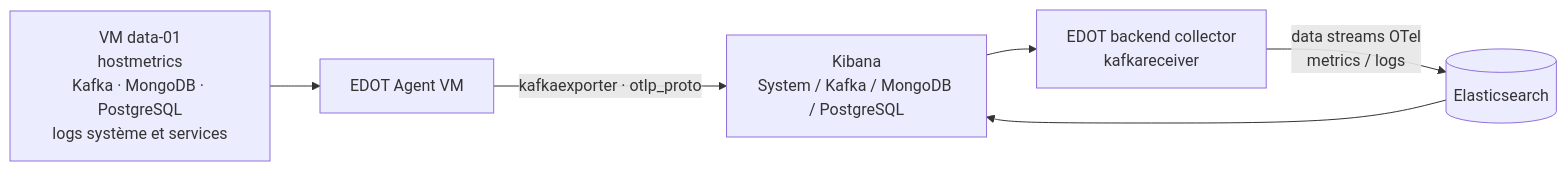
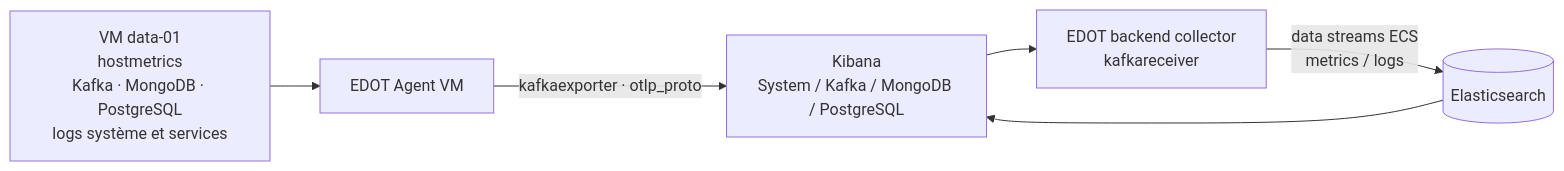
One commit to elkouhen/systemlens-observability-lab changed the fifth of 6 diagrams in docs/observability-flows-v1-v2.md. Above: the diagram before and after it, drawn with Mermaid. The commit also changed other lines of this file and 7 other files, not shown here.

````diff
--- a/docs/observability-flows-v1-v2.md
+++ b/docs/observability-flows-v1-v2.md
@@ -74,8 +74,8 @@
 ```mermaid
 flowchart LR
     V[VM data-01\nhostmetrics\nKafka · MongoDB · PostgreSQL\nlogs système et services] --> A[EDOT Agent VM]
     A -->|kafkaexporter · otlp_proto| K[Kafka\notel-metrics / otel-logs]
     K --> X[EDOT backend collector\nkafkareceiver]
-    X -->|data streams OTel\nmetrics / logs| E[(Elasticsearch)]
+    X -->|data streams ECS\nmetrics / logs| E[(Elasticsearch)]
     E --> K[Kibana\nSystem / Kafka / MongoDB / PostgreSQL]
 ```
````
